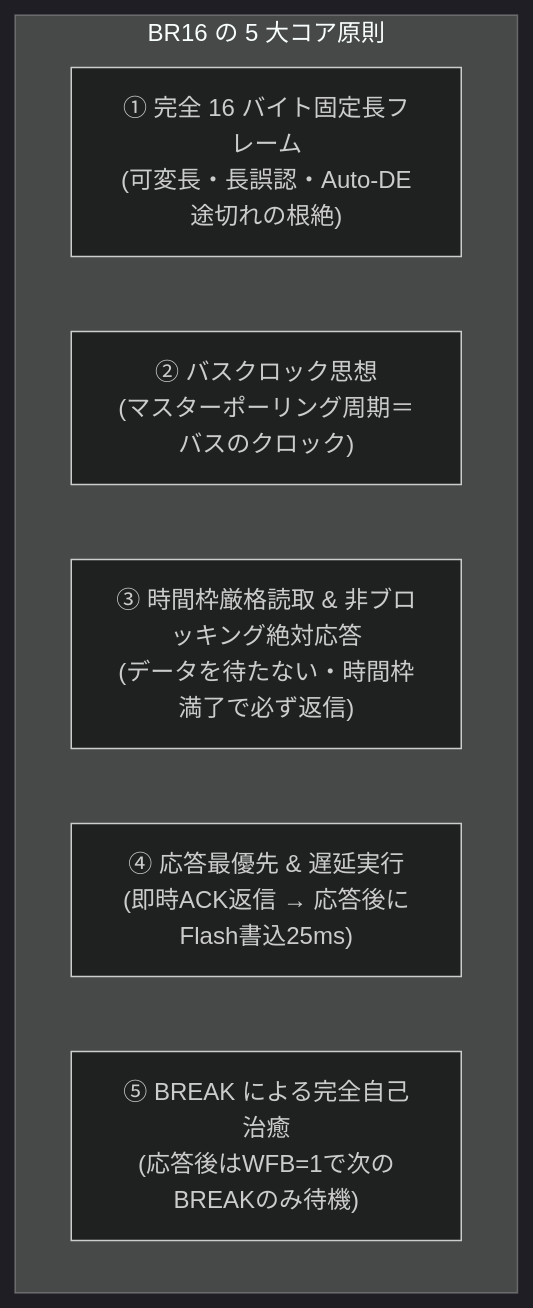
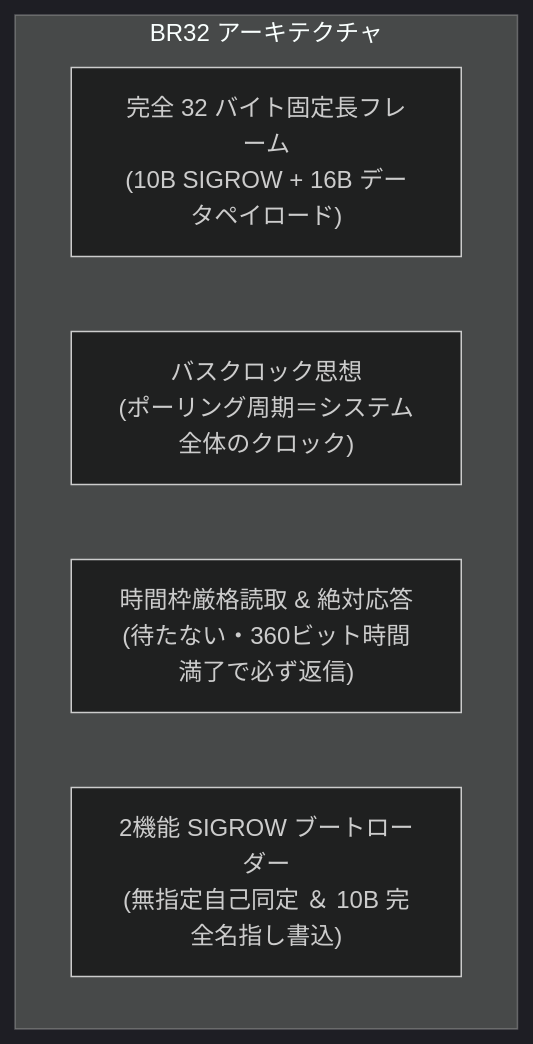
One commit to Masafuro/ADX changed the diagram in firmware/bootloader/PLAN/BR32/specification.md. Above: the diagram before and after it, drawn with Mermaid (dark theme). The commit also changed other lines of this file and 29 other files, not shown here.

````diff
--- a/firmware/bootloader/PLAN/BR32/specification.md
+++ b/firmware/bootloader/PLAN/BR32/specification.md
@@ -22,10 +20,9 @@
 ```mermaid
 flowchart TD
-    subgraph Principles["BR16 の 5 大コア原則"]
-        P1["① 完全 16 バイト固定長フレーム<br/>(可変長・長誤認・Auto-DE途切れの根絶)"]
-        P2["② バスクロック思想<br/>(マスターポーリング周期＝バスのクロック)"]
-        P3["③ 時間枠厳格読取 & 非ブロッキング絶対応答<br/>(データを待たない・時間枠満了で必ず返信)"]
-        P4["④ 応答最優先 & 遅延実行<br/>(即時ACK返信 → 応答後にFlash書込25ms)"]
-        P5["⑤ BREAK による完全自己治癒<br/>(応答後はWFB=1で次のBREAKのみ待機)"]
+    subgraph BR32_Core["BR32 アーキテクチャ"]
+        M1["完全 32 バイト固定長フレーム<br/>(10B SIGROW + 16B データペイロード)"]
+        M2["バスクロック思想<br/>(ポーリング周期＝システム全体のクロック)"]
+        M3["時間枠厳格読取 & 絶対応答<br/>(待たない・360ビット時間満了で必ず返信)"]
+        M4["2機能 SIGROW ブートローダー<br/>(無指定自己同定 ＆ 10B 完全名指し書込)"]
     end
 ```
````
